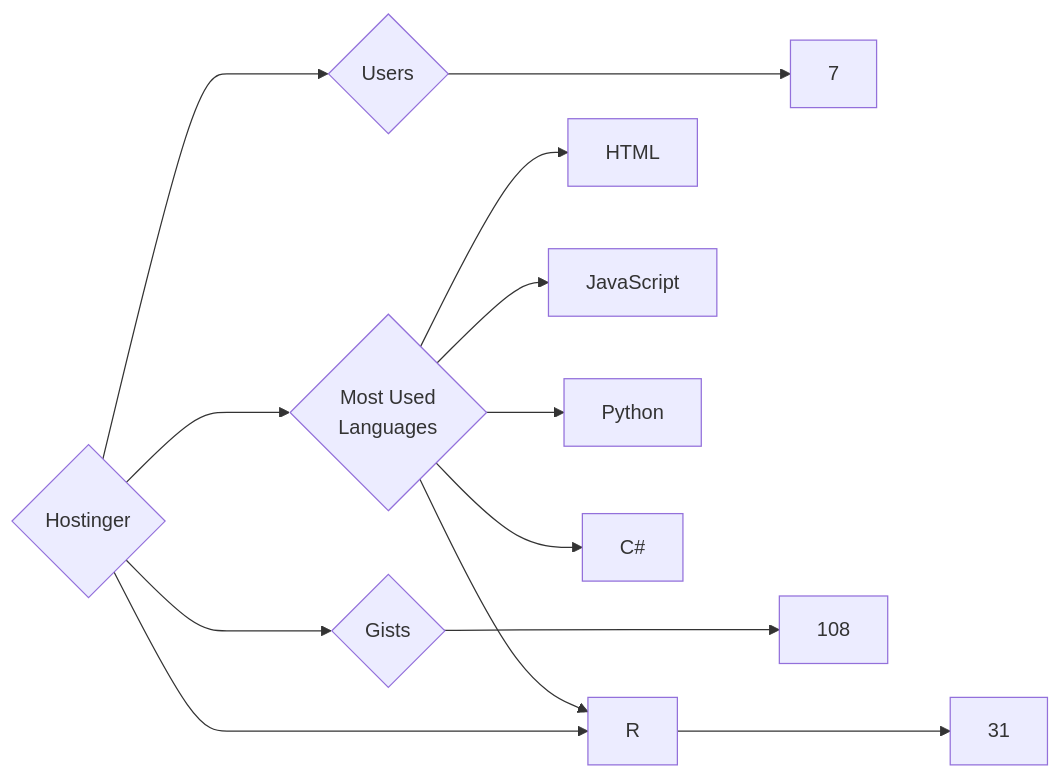
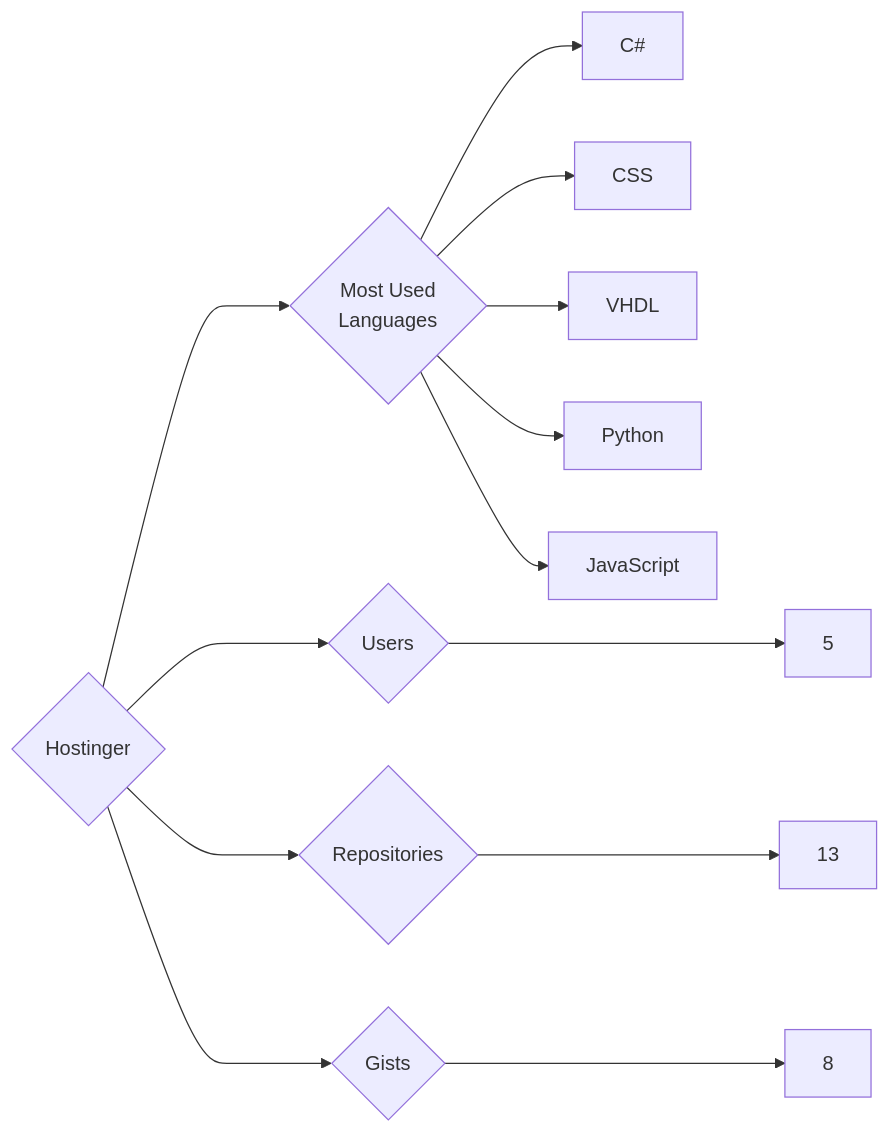
One commit to trickest/insiders changed the diagram in targets/Hostinger/README.md. Above: the diagram before and after it, drawn with Mermaid. The commit also changed 1212 other files, not shown here.

````diff
--- a/targets/Hostinger/README.md
+++ b/targets/Hostinger/README.md
@@ -3,13 +3,13 @@
 ```mermaid
 graph LR
 COMPANY_NAME{Hostinger}
-COMPANY_NAME ---> U{Users} ---> UN[7]
-COMPANY_NAME ---> R{Repositories} ---> RN[31]
-COMPANY_NAME ---> G{Gists} ---> GN[108]
+COMPANY_NAME ---> U{Users} ---> UN[5]
+COMPANY_NAME ---> R{Repositories} ---> RN[13]
+COMPANY_NAME ---> G{Gists} ---> GN[8]
 COMPANY_NAME ---> ML{Most Used<br>Languages}
-ML --> HTML[HTML]
-ML --> R[R]
+ML --> C#[C#]
+ML --> CSS[CSS]
+ML --> VHDL[VHDL]
+ML --> Python[Python]
 ML --> JavaScript[JavaScript]
-ML --> Python[Python]
-ML --> C#[C#]
 ```
````
